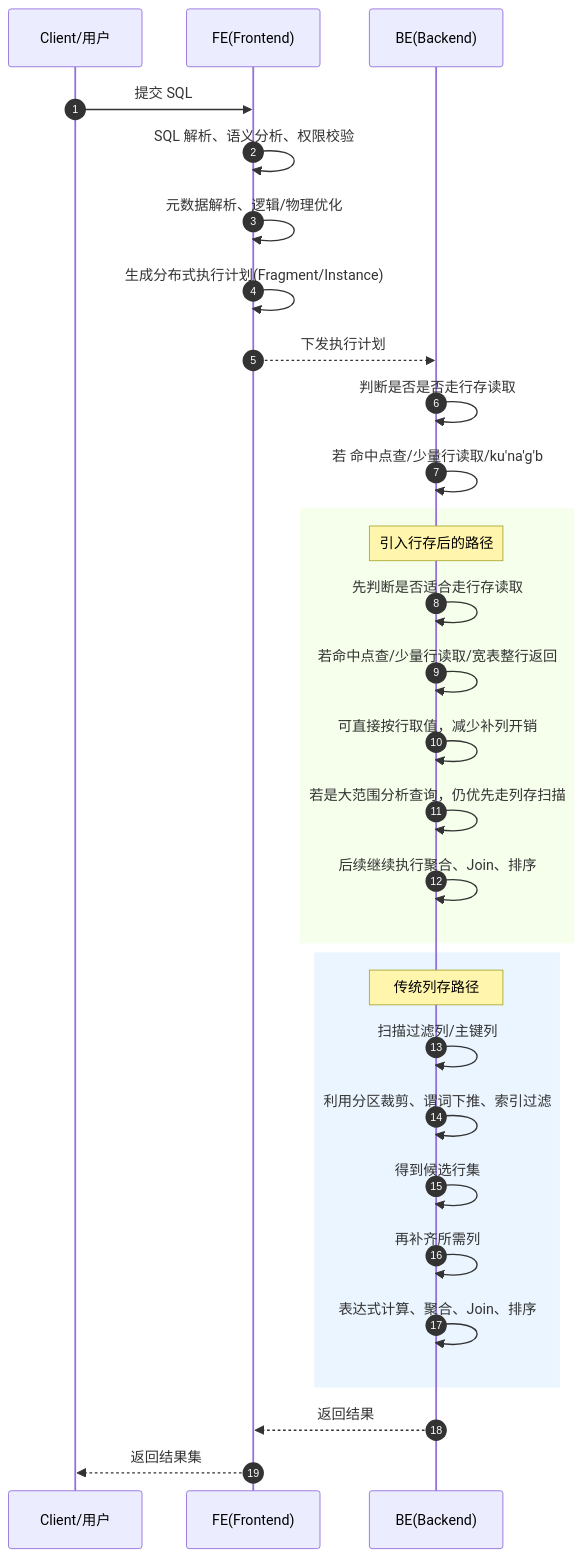
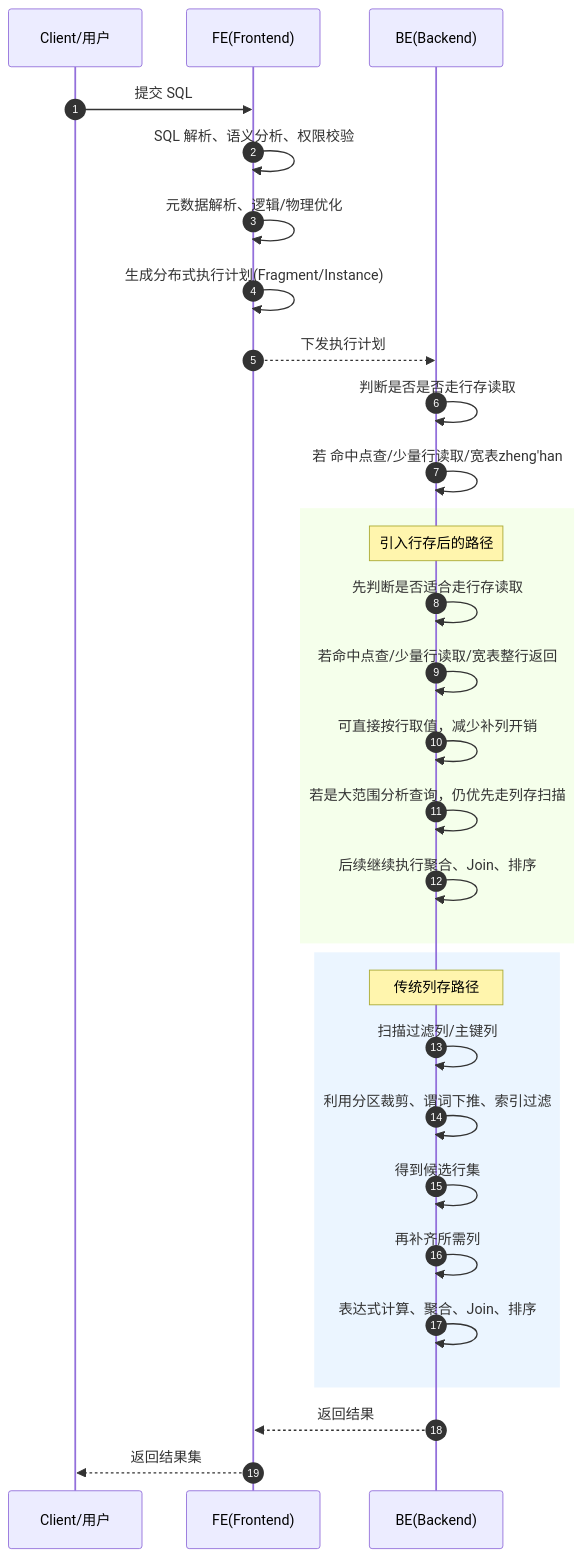
Before and after one commit to HY-10-8/iodraw-files: the diagram in all/未命名-4.md, drawn with Mermaid.

Commit message:
2026-04-22 17:41:45 update

````diff
--- a/all/未命名-4.md
+++ b/all/未命名-4.md
@@ -1,50 +1,50 @@
 ```mermaid
 sequenceDiagram
     autonumber
 
     participant Client as Client/用户
     participant FE as FE(Frontend)
     participant BE as BE(Backend)
     
     Client->>FE: 提交 SQL
     FE->>FE: SQL 解析、语义分析、权限校验
     FE->>FE: 元数据解析、逻辑/物理优化
     FE->>FE: 生成分布式执行计划(Fragment/Instance)
     FE-->>BE: 下发执行计划
 
     BE->>BE: 判断是否是否走行存读取
-    BE->>BE: 若 命中点查/少量行读取/ku'na'g'b
+    BE->>BE: 若 命中点查/少量行读取/宽表zheng'han
 
 
 
     rect rgb(245,255,235)
         Note over BE: 引入行存后的路径
         BE->>BE: 先判断是否适合走行存读取
         BE->>BE: 若命中点查/少量行读取/宽表整行返回
         BE->>BE: 可直接按行取值，减少补列开销
         BE->>BE: 若是大范围分析查询，仍优先走列存扫描
         BE->>BE: 后续继续执行聚合、Join、排序
     end
 
 
     rect rgb(235,245,255)
         Note over BE: 传统列存路径
         BE->>BE: 扫描过滤列/主键列
         BE->>BE: 利用分区裁剪、谓词下推、索引过滤
         BE->>BE: 得到候选行集
         BE->>BE: 再补齐所需列
         BE->>BE: 表达式计算、聚合、Join、排序
     end
 
     BE-->>FE: 返回结果
     FE-->>Client: 返回结果集
 
 
 
 
 
 
 
 
 
 ```
````
